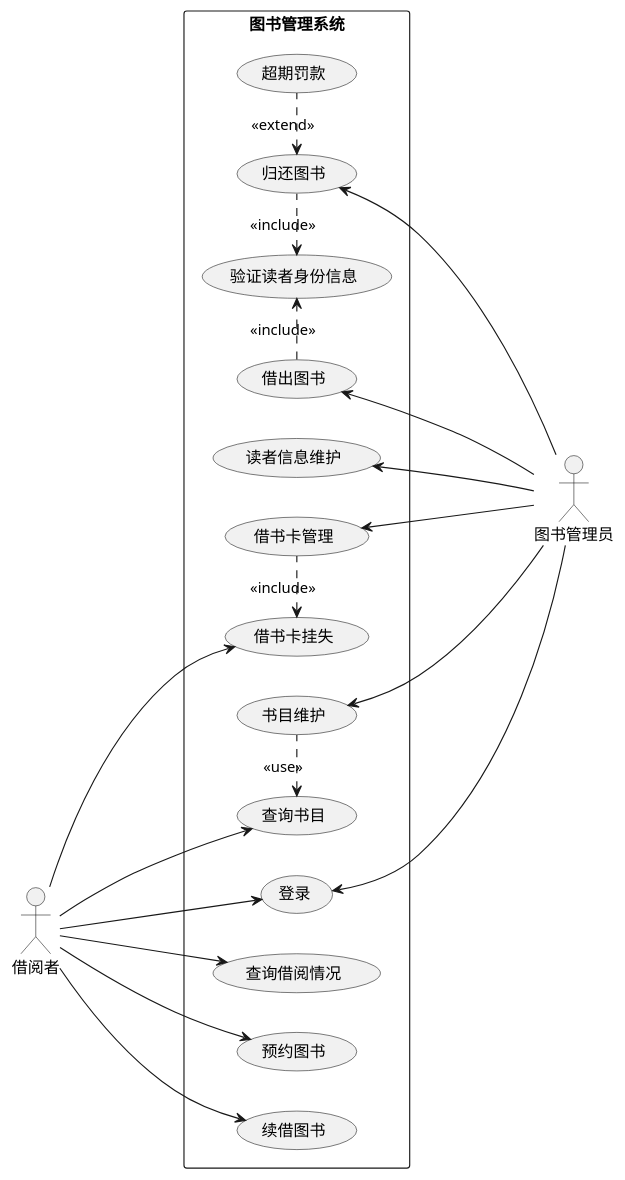
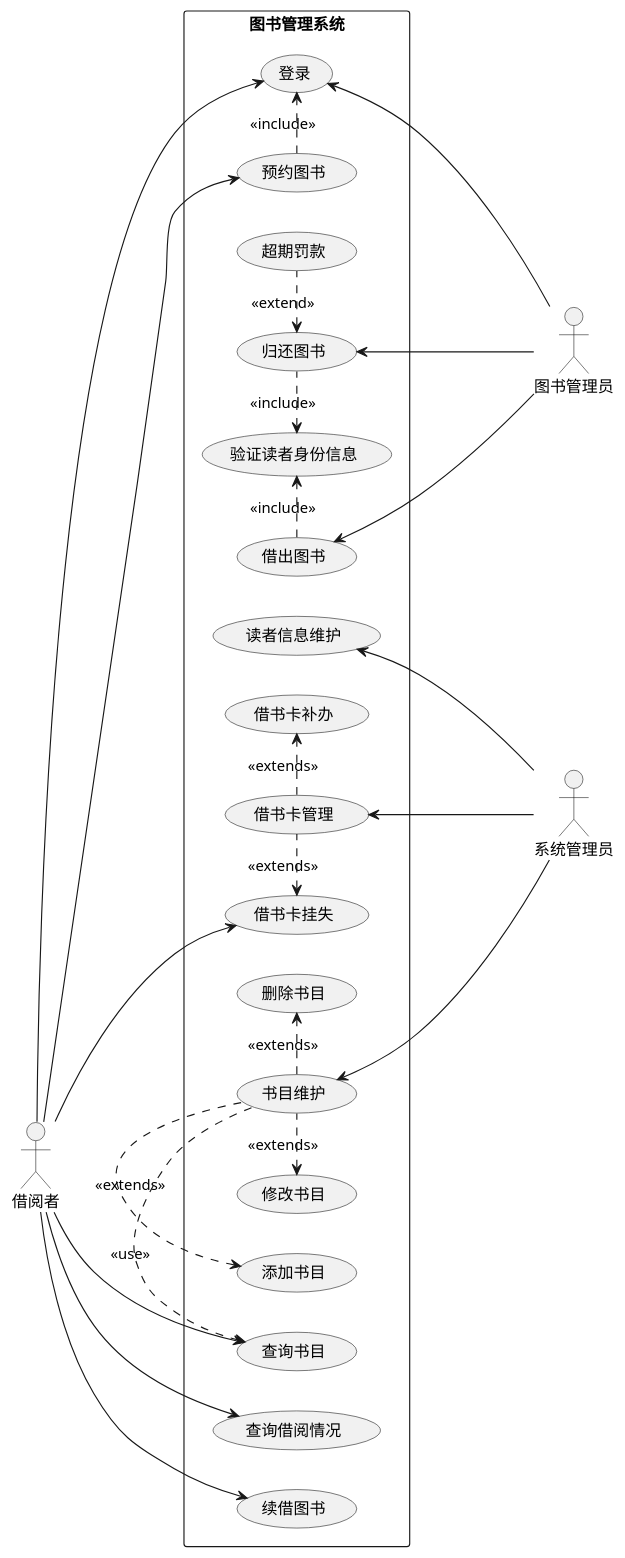
One commit to chengxinkaicxk/is_analysis changed the diagram in test2/README.md. Above: the diagram before and after it, drawn with PlantUML. The commit also changed other lines of this file, not shown here.

```diff
--- a/test2/README.md
+++ b/test2/README.md
@@ -7,26 +7,36 @@
     @startuml
     
     left to right direction
+    :系统管理员: as SysAdmin
+    :图书管理员: as Admin
     :借阅者: as User
-    :图书管理员: as Admin
     
-    rectangle 图书管理系统 {
-    User ---> (登录)
-    User ---> (查询借阅情况)
-    User ---> (预约图书)
-    User ---> (续借图书)
-    User ---> (查询书目)
-    User ---> (借书卡挂失)
+    
+    rectangle 图书管理系统{
+    User --> (登录)
+    User --> (查询借阅情况)
+    User --> (预约图书)
+    (预约图书).>(登录):<<include>>
+    User --> (续借图书)
+    User --> (查询书目)
+    User --> (借书卡挂失)
+    
     (借出图书).>(验证读者身份信息):<<include>>
-    (借出图书) <- Admin
+    (借出图书) <-  Admin
     (验证读者身份信息)<.(归还图书):<<include>>
     (归还图书)<.(超期罚款):<<extend>>
     (归还图书) <- Admin
-    (读者信息维护) <- Admin
-    (借书卡管理) <- Admin
-    (借书卡挂失)<.(借书卡管理):<<include>>
     (登录)<--- Admin
-    (书目维护) <--- Admin
+    
+    (读者信息维护) <- SysAdmin
+    (借书卡管理).>(借书卡补办):<<extends>>
+    (借书卡管理) <- SysAdmin
+    (借书卡挂失)<.(借书卡管理):<<extends>>
+    (书目维护) <--- SysAdmin
+    (书目维护).>(删除书目):<<extends>>
+    (修改书目)<.(书目维护):<<extends>>
+    (添加书目)<.(书目维护):<<extends>>
     (查询书目)<.(书目维护):<<use>>
     }
+    
     @enduml
```
